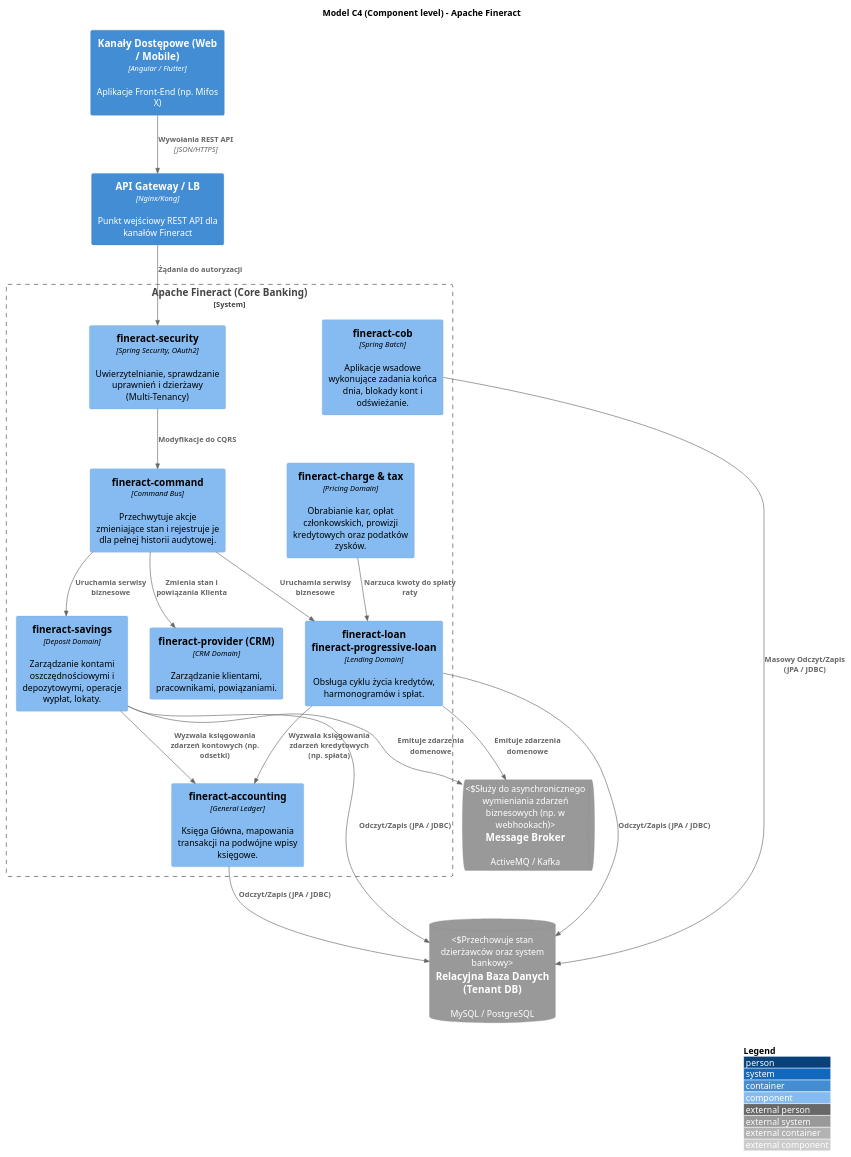
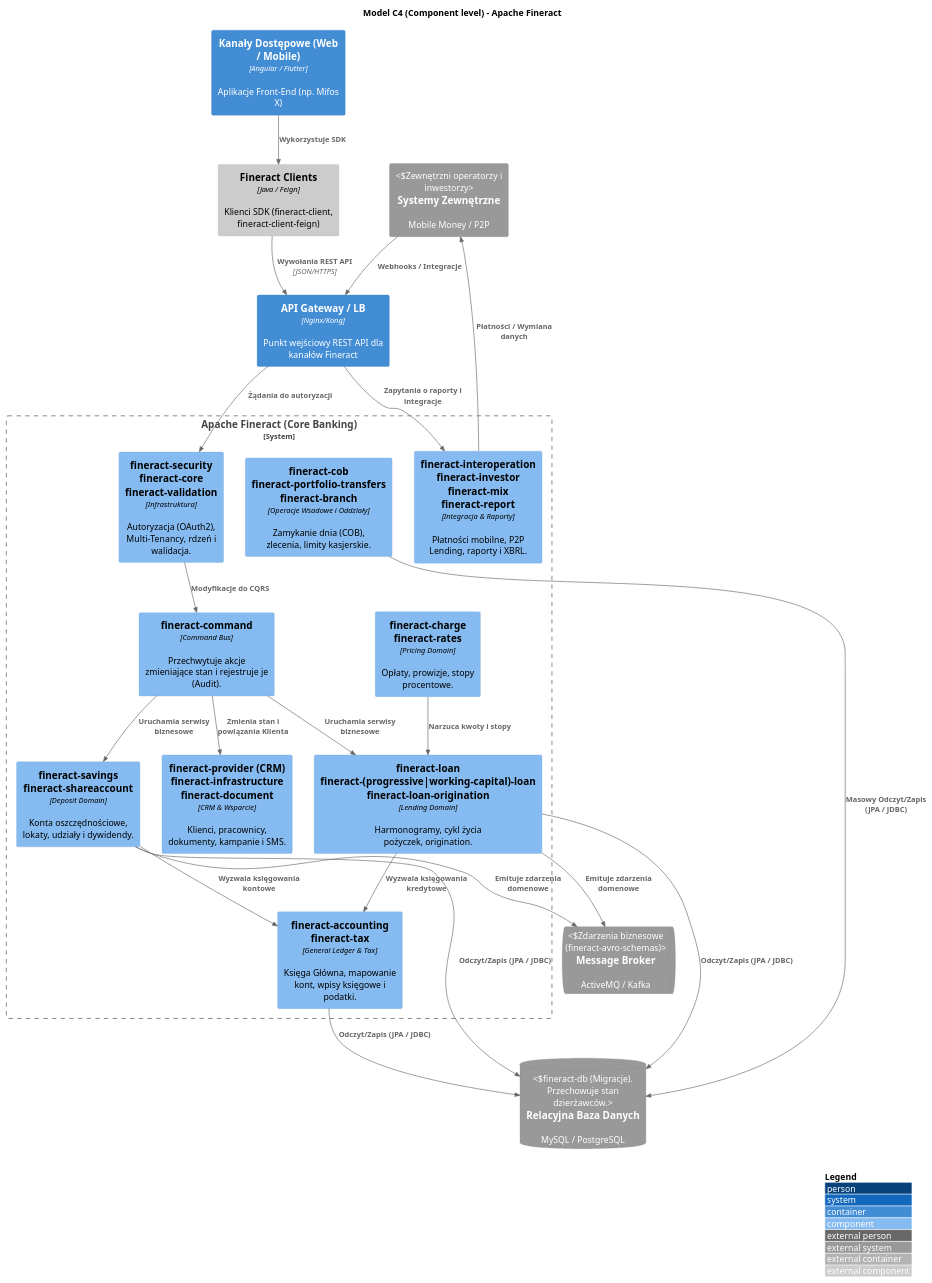
Before and after one commit to mrkwjck/fineract: the diagram in docs/README.md, drawn with PlantUML. The commit also changed other lines of this file and 4 other files, not shown here.

````diff
--- a/docs/README.md
+++ b/docs/README.md
@@ -56,55 +62,63 @@
 ```plantuml
 @startuml
 !include https://raw.githubusercontent.com/plantuml-stdlib/C4-PlantUML/master/C4_Component.puml
 
 LAYOUT_WITH_LEGEND()
 
 title Model C4 (Component level) - Apache Fineract
 
 Container(webapp, "Kanały Dostępowe (Web / Mobile)", "Angular / Flutter", "Aplikacje Front-End (np. Mifos X)")
 Container(api_gateway, "API Gateway / LB", "Nginx/Kong", "Punkt wejściowy REST API dla kanałów Fineract")
+System_Ext(external_sys, "Systemy Zewnętrzne", "Mobile Money / P2P", "Zewnętrzni operatorzy i inwestorzy")
 
 System_Boundary(fineract_core, "Apache Fineract (Core Banking)") {
-    Component(security, "fineract-security", "Spring Security, OAuth2", "Uwierzytelnianie, sprawdzanie uprawnień i dzierżawy (Multi-Tenancy)")
+    Component(security, "fineract-security\nfineract-core\nfineract-validation", "Infrastruktura", "Autoryzacja (OAuth2), Multi-Tenancy, rdzeń i walidacja.")
     
-    Component(command_handler, "fineract-command", "Command Bus", "Przechwytuje akcje zmieniające stan i rejestruje je dla pełnej historii audytowej.")
+    Component(command_handler, "fineract-command", "Command Bus", "Przechwytuje akcje zmieniające stan i rejestruje je (Audit).")
     
-    Component(portfolio_module, "fineract-provider (CRM)", "CRM Domain", "Zarządzanie klientami, pracownikami, powiązaniami.")
+    Component(portfolio_module, "fineract-provider (CRM)\nfineract-infrastructure\nfineract-document", "CRM & Wsparcie", "Klienci, pracownicy, dokumenty, kampanie i SMS.")
     
-    Component(loan_module, "fineract-loan\nfineract-progressive-loan", "Lending Domain", "Obsługa cyklu życia kredytów, harmonogramów i spłat.")
+    Component(loan_module, "fineract-loan\nfineract-(progressive|working-capital)-loan\nfineract-loan-origination", "Lending Domain", "Harmonogramy, cykl życia pożyczek, origination.")
     
-    Component(savings_module, "fineract-savings", "Deposit Domain", "Zarządzanie kontami oszczędnościowymi i depozytowymi, operacje wypłat, lokaty.")
+    Component(savings_module, "fineract-savings\nfineract-shareaccount", "Deposit Domain", "Konta oszczędnościowe, lokaty, udziały i dywidendy.")
     
-    Component(accounting_module, "fineract-accounting", "General Ledger", "Księga Główna, mapowania transakcji na podwójne wpisy księgowe.")
+    Component(accounting_module, "fineract-accounting\nfineract-tax", "General Ledger & Tax", "Księga Główna, mapowanie kont, wpisy księgowe i podatki.")
     
-    Component(charge_tax_module, "fineract-charge & tax", "Pricing Domain", "Obrabianie kar, opłat członkowskich, prowizji kredytowych oraz podatków zysków.")
+    Component(charge_module, "fineract-charge\nfineract-rates", "Pricing Domain", "Opłaty, prowizje, stopy procentowe.")
     
-    Component(batch_cob, "fineract-cob", "Spring Batch", "Aplikacje wsadowe wykonujące zadania końca dnia, blokady kont i odświeżanie.")
+    Component(batch_cob, "fineract-cob\nfineract-portfolio-transfers\nfineract-branch", "Operacje Wsadowe i Oddziały", "Zamykanie dnia (COB), zlecenia, limity kasjerskie.")
+
+    Component(integration_module, "fineract-interoperation\nfineract-investor\nfineract-mix\nfineract-report", "Integracja & Raporty", "Płatności mobilne, P2P Lending, raporty i XBRL.")
 
     Rel(api_gateway, security, "Żądania do autoryzacji")
     Rel(security, command_handler, "Modyfikacje do CQRS")
+    Rel(api_gateway, integration_module, "Zapytania o raporty i integracje")
     
     Rel(command_handler, loan_module, "Uruchamia serwisy biznesowe")
     Rel(command_handler, savings_module, "Uruchamia serwisy biznesowe")
     Rel(command_handler, portfolio_module, "Zmienia stan i powiązania Klienta")
     
-    Rel(charge_tax_module, loan_module, "Narzuca kwoty do spłaty raty")
-    Rel(loan_module, accounting_module, "Wyzwala księgowania zdarzeń kredytowych (np. spłata)")
-    Rel(savings_module, accounting_module, "Wyzwala księgowania zdarzeń kontowych (np. odsetki)")
+    Rel(charge_module, loan_module, "Narzuca kwoty i stopy")
+    Rel(loan_module, accounting_module, "Wyzwala księgowania kredytowe")
+    Rel(savings_module, accounting_module, "Wyzwala księgowania kontowe")
 }
 
-SystemDb_Ext(database, "Relacyjna Baza Danych (Tenant DB)", "MySQL / PostgreSQL", "Przechowuje stan dzierżawców oraz system bankowy")
-SystemQueue_Ext(event_broker, "Message Broker", "ActiveMQ / Kafka", "Służy do asynchronicznego wymieniania zdarzeń biznesowych (np. w webhookach)")
+SystemDb_Ext(database, "Relacyjna Baza Danych", "MySQL / PostgreSQL", "fineract-db (Migracje). Przechowuje stan dzierżawców.")
+SystemQueue_Ext(event_broker, "Message Broker", "ActiveMQ / Kafka", "Zdarzenia biznesowe (fineract-avro-schemas)")
+Component_Ext(clients_sdk, "Fineract Clients", "Java / Feign", "Klienci SDK (fineract-client, fineract-client-feign)")
 
-Rel(webapp, api_gateway, "Wywołania REST API", "JSON/HTTPS")
+Rel(webapp, clients_sdk, "Wykorzystuje SDK")
+Rel(clients_sdk, api_gateway, "Wywołania REST API", "JSON/HTTPS")
+Rel(external_sys, api_gateway, "Webhooks / Integracje")
 
 Rel(loan_module, database, "Odczyt/Zapis (JPA / JDBC)")
 Rel(savings_module, database, "Odczyt/Zapis (JPA / JDBC)")
 Rel(accounting_module, database, "Odczyt/Zapis (JPA / JDBC)")
 Rel(batch_cob, database, "Masowy Odczyt/Zapis (JPA / JDBC)")
 
 Rel(loan_module, event_broker, "Emituje zdarzenia domenowe")
 Rel(savings_module, event_broker, "Emituje zdarzenia domenowe")
+Rel(integration_module, external_sys, "Płatności / Wymiana danych")
 
 @enduml
 ```
````
